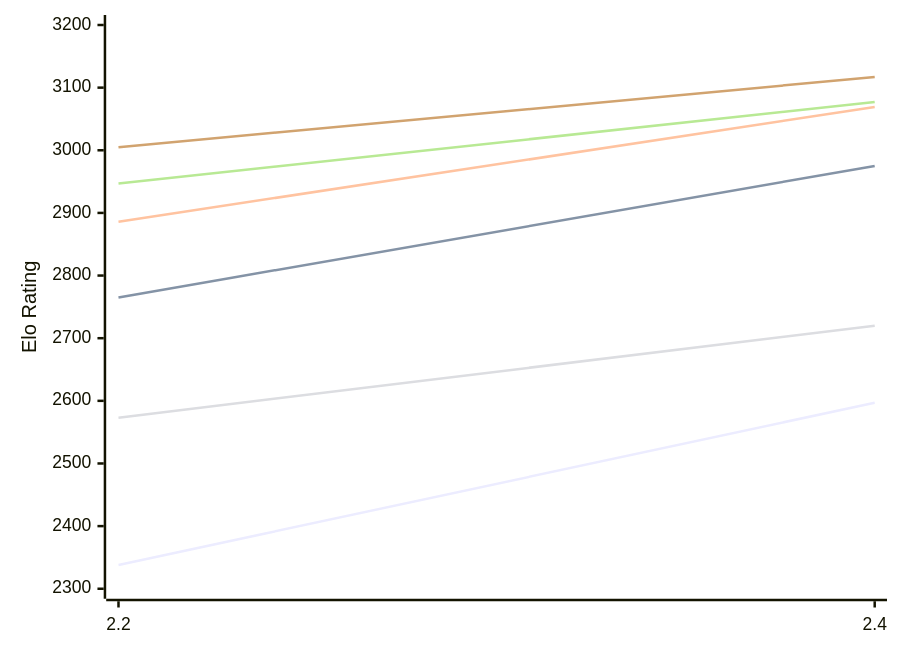
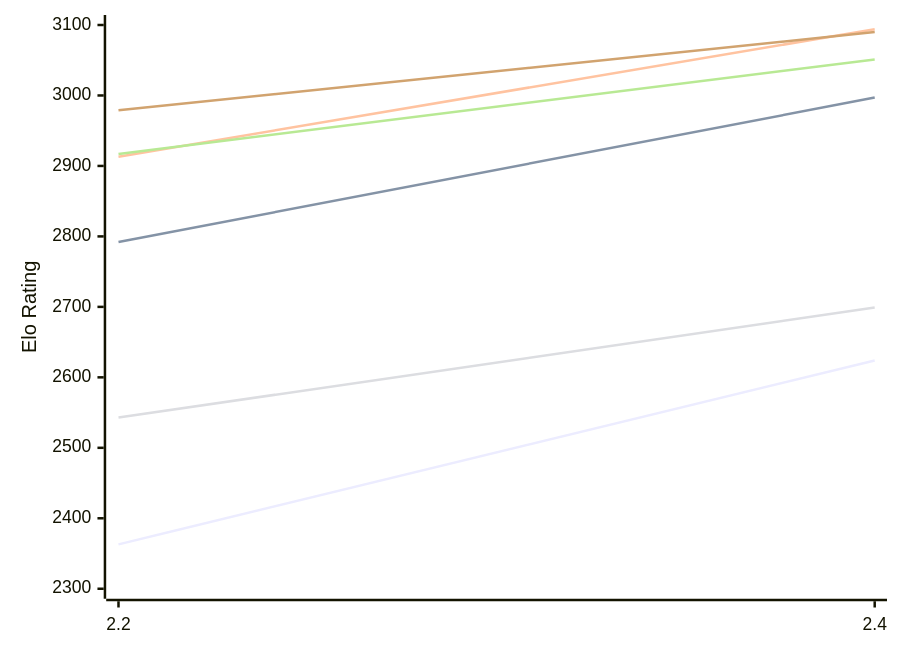
One commit to computer-chess-index/cci changed the first of 2 diagrams in engines/Sloth.md. Above: the diagram before and after it, drawn with Mermaid. The commit also changed other lines of this file, not shown here.

Commit message:
Update CCI Ratings (ELO VLTC) - 2026-10-19

````diff
--- a/engines/Sloth.md
+++ b/engines/Sloth.md
@@ -50,12 +50,12 @@
 ```mermaid
 %%{init: {"theme":"base","themeVariables":{"seriesColors:['#a3a3a3','#222221','#faa371']}}}%%
 xychart-beta
   x-axis ["2.2", "2.4"]
-  y-axis "Elo Rating" 2300 --> 3200
-  line "E1: STC (8.0+0.08s)" [2338, 2597]
-  line "E1: LTC (60.0+0.60s)" [2765, 2975]
-  line "E1: VLTC (2m24s+1.12s)" [2886, 3069]
-  line "P1: STC (8.0+0.08s)" [2573, 2720]
-  line "P1: LTC (60.0+0.60s)" [2947, 3077]
-  line "P1: VLTC (2m24s+1.12s)" [3005, 3117]
+  y-axis "Elo Rating" 2300 --> 3100
+  line "E1: STC (8.0+0.08s)" [2363, 2624]
+  line "E1: LTC (60.0+0.60s)" [2792, 2997]
+  line "E1: VLTC (2m24s+1.12s)" [2913, 3094]
+  line "P1: STC (8.0+0.08s)" [2543, 2699]
+  line "P1: LTC (60.0+0.60s)" [2917, 3051]
+  line "P1: VLTC (2m24s+1.12s)" [2979, 3090]
 ```
````
